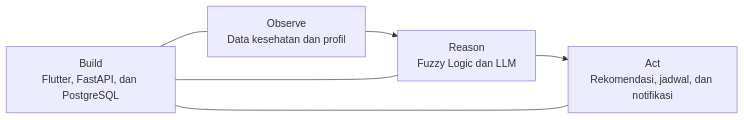
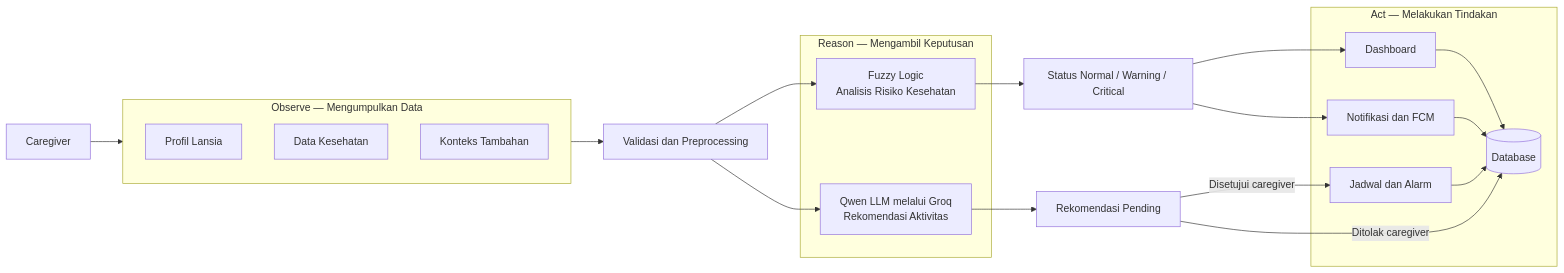
Before and after one commit to alifiashasa/smart-caregiver: the first of 3 diagrams in psc.md, drawn with Mermaid. The commit also changed other lines of this file, not shown here.

````diff
--- a/psc.md
+++ b/psc.md
@@ -13,8 +17,38 @@
 ```mermaid
 flowchart LR
-    O[Observe<br/>Data kesehatan dan profil] --> R[Reason<br/>Fuzzy Logic dan LLM]
-    R --> A[Act<br/>Rekomendasi, jadwal, dan notifikasi]
-    B[Build<br/>Flutter, FastAPI, dan PostgreSQL] --- O
-    B --- R
-    B --- A
+    U[Caregiver] --> O
+
+    subgraph O[Observe — Mengumpulkan Data]
+        P[Profil Lansia]
+        H[Data Kesehatan]
+        C[Konteks Tambahan]
+    end
+
+    O --> V[Validasi dan Preprocessing]
+
+    subgraph R[Reason — Mengambil Keputusan]
+        F[Fuzzy Logic<br/>Analisis Risiko Kesehatan]
+        L[Qwen LLM melalui Groq<br/>Rekomendasi Aktivitas]
+    end
+
+    V --> F
+    V --> L
+
+    F --> S[Status Normal / Warning / Critical]
+    L --> A[Rekomendasi Pending]
+
+    subgraph ACT[Act — Melakukan Tindakan]
+        D[Dashboard]
+        N[Notifikasi dan FCM]
+        J[Jadwal dan Alarm]
+        DB[(Database)]
+    end
+
+    S --> D
+    S --> N
+    A -->|Disetujui caregiver| J
+    A -->|Ditolak caregiver| DB
+    D --> DB
+    N --> DB
+    J --> DB
 ```
````
